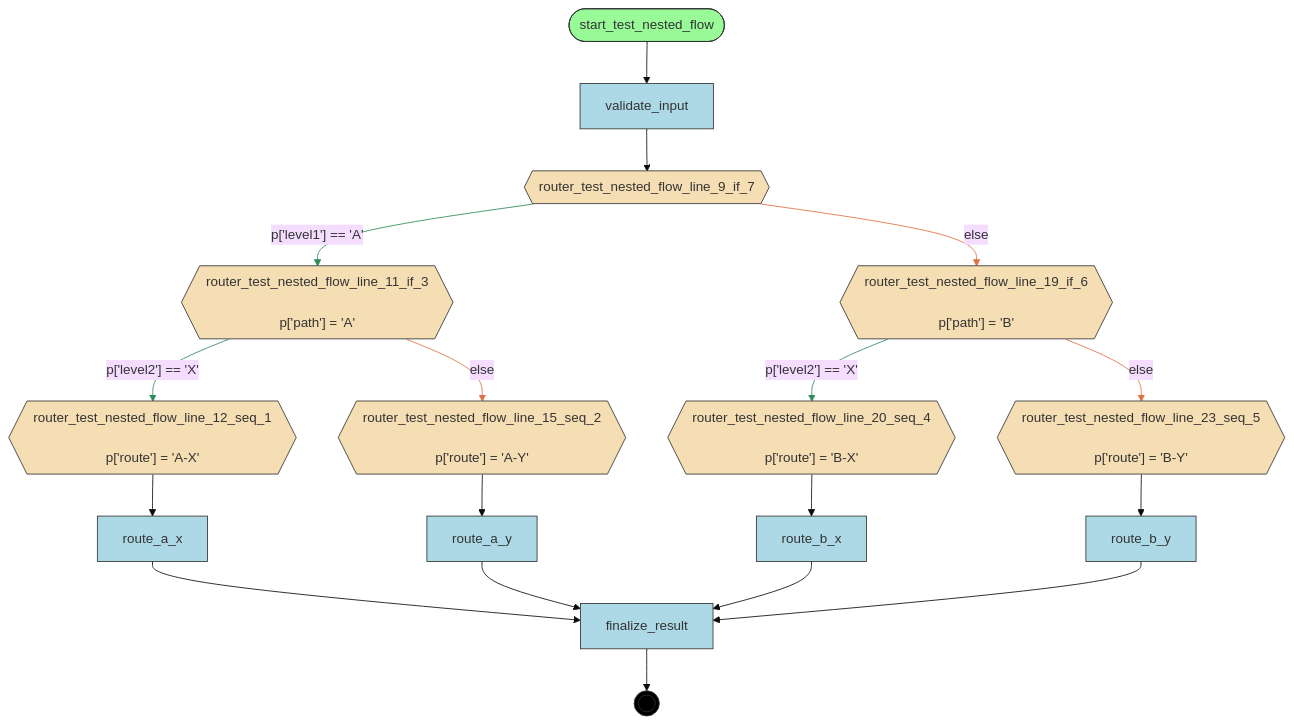
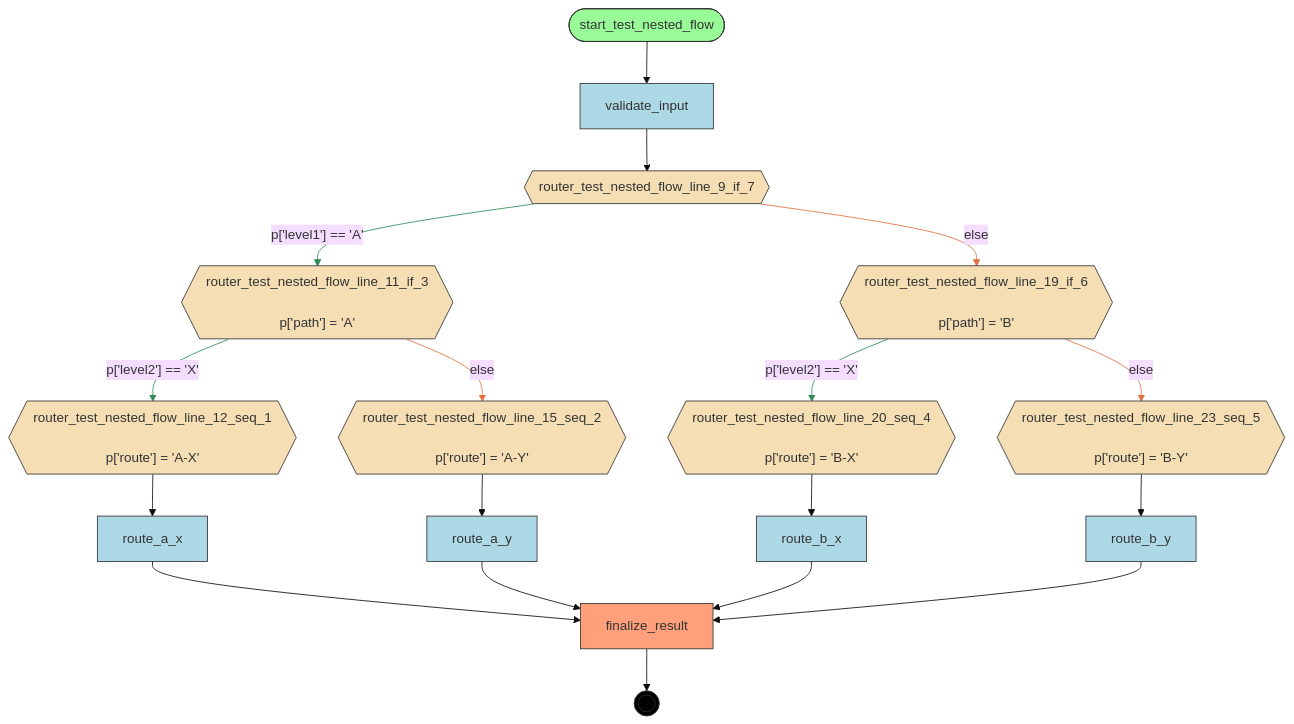
The diagram in src/asya-testing/asya_testing/flows/nested_if/compiled/flow.mmd (deliveryhero/asya), drawn with Mermaid (base theme) before and after one commit. The commit also changed 364 other files, not shown here.

First line of the commit message:
feat(compiler): Phase 2 — 5-step pipeline with manifest generation and FlowInfo (#339)

```diff
--- a/src/asya-testing/asya_testing/flows/nested_if/compiled/flow.mmd
+++ b/src/asya-testing/asya_testing/flows/nested_if/compiled/flow.mmd
@@ -1,47 +1,49 @@
 flowchart TD
     %% Flow: test_nested_flow
 
     finalize_result[finalize_result]
     route_a_x[route_a_x]
     route_a_y[route_a_y]
     route_b_x[route_b_x]
     route_b_y[route_b_y]
     router_test_nested_flow_line_11_if_3{{"router_test_nested_flow_line_11_if_3<br/><br/>p['path'] = 'A'"}}
     router_test_nested_flow_line_12_seq_1{{"router_test_nested_flow_line_12_seq_1<br/><br/>p['route'] = 'A-X'"}}
     router_test_nested_flow_line_15_seq_2{{"router_test_nested_flow_line_15_seq_2<br/><br/>p['route'] = 'A-Y'"}}
     router_test_nested_flow_line_19_if_6{{"router_test_nested_flow_line_19_if_6<br/><br/>p['path'] = 'B'"}}
     router_test_nested_flow_line_20_seq_4{{"router_test_nested_flow_line_20_seq_4<br/><br/>p['route'] = 'B-X'"}}
     router_test_nested_flow_line_23_seq_5{{"router_test_nested_flow_line_23_seq_5<br/><br/>p['route'] = 'B-Y'"}}
     router_test_nested_flow_line_9_if_7{{router_test_nested_flow_line_9_if_7}}
     start_test_nested_flow([start_test_nested_flow])
     validate_input[validate_input]
     __end__((( )))
 
     start_test_nested_flow --> validate_input
     validate_input --> router_test_nested_flow_line_9_if_7
     router_test_nested_flow_line_12_seq_1 --> route_a_x
     router_test_nested_flow_line_15_seq_2 --> route_a_y
     router_test_nested_flow_line_11_if_3 -->|"p['level2'] == 'X'"| router_test_nested_flow_line_12_seq_1
     router_test_nested_flow_line_11_if_3 -->|"else"| router_test_nested_flow_line_15_seq_2
     router_test_nested_flow_line_20_seq_4 --> route_b_x
     router_test_nested_flow_line_23_seq_5 --> route_b_y
     router_test_nested_flow_line_19_if_6 -->|"p['level2'] == 'X'"| router_test_nested_flow_line_20_seq_4
     router_test_nested_flow_line_19_if_6 -->|"else"| router_test_nested_flow_line_23_seq_5
     router_test_nested_flow_line_9_if_7 -->|"p['level1'] == 'A'"| router_test_nested_flow_line_11_if_3
     router_test_nested_flow_line_9_if_7 -->|"else"| router_test_nested_flow_line_19_if_6
     route_a_x --> finalize_result
     route_a_y --> finalize_result
     route_b_x --> finalize_result
     route_b_y --> finalize_result
     finalize_result --> __end__
 
-    classDef entrypoint fill:#98FB98,stroke:#333
+    classDef start fill:#98FB98,stroke:#333
+    classDef endnode fill:#FFA07A,stroke:#333
     classDef router fill:#F5DEB3,stroke:#333
     classDef handler fill:#ADD8E6,stroke:#333
     classDef endpoint fill:#000,stroke:#333,color:#fff
-    class start_test_nested_flow entrypoint
+    class start_test_nested_flow start
+    class finalize_result endnode
     class router_test_nested_flow_line_11_if_3,router_test_nested_flow_line_12_seq_1,router_test_nested_flow_line_15_seq_2,router_test_nested_flow_line_19_if_6,router_test_nested_flow_line_20_seq_4,router_test_nested_flow_line_23_seq_5,router_test_nested_flow_line_9_if_7 router
-    class finalize_result,route_a_x,route_a_y,route_b_x,route_b_y,validate_input handler
+    class route_a_x,route_a_y,route_b_x,route_b_y,validate_input handler
     class __end__ endpoint
     linkStyle 4,8,10 stroke:#2E8B57
     linkStyle 5,9,11 stroke:#E07040
```
